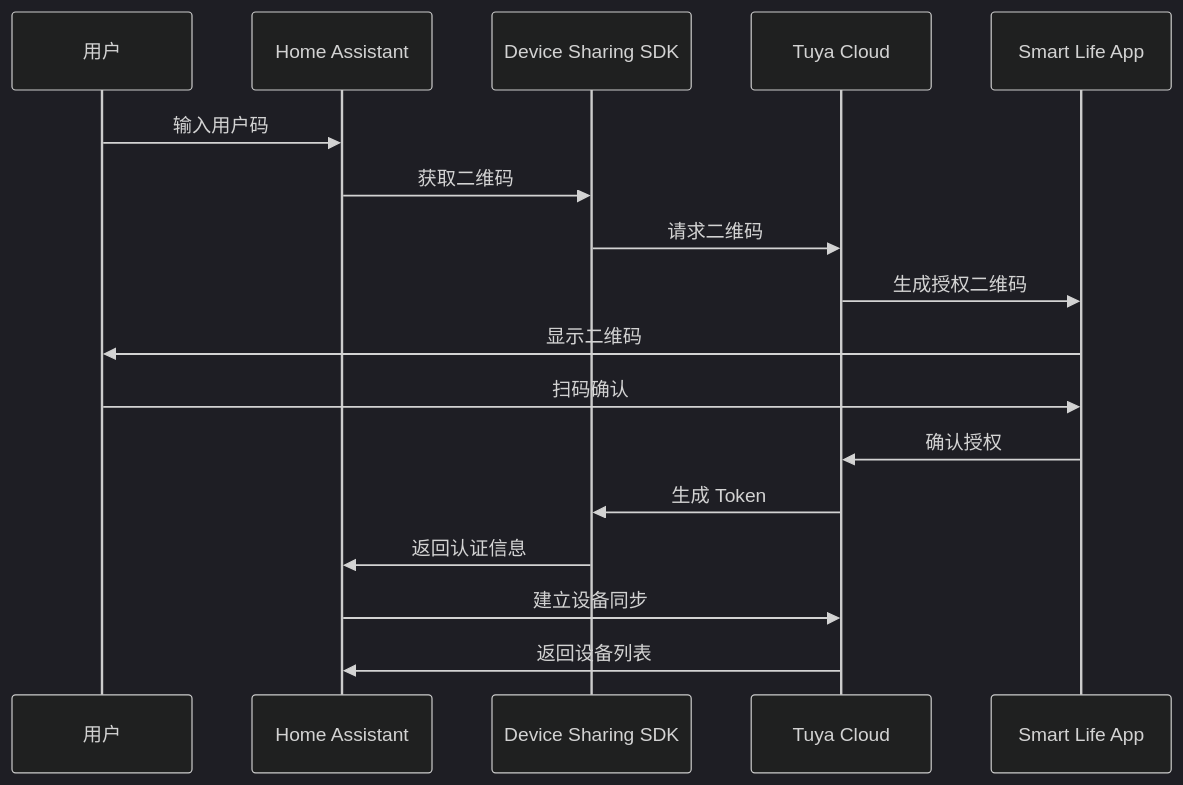
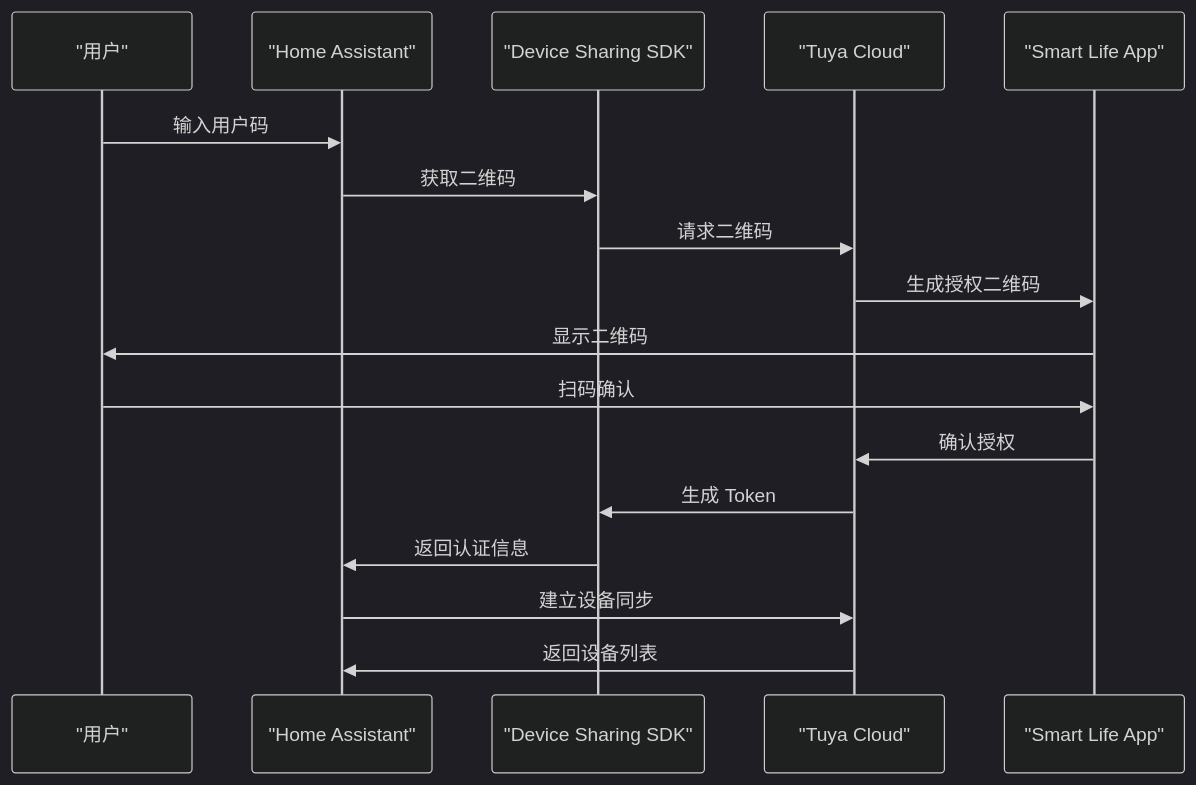
Before and after one commit to xinetzone/SpecWeave: the second of 3 diagrams in docs/retrospective/reports/insight-extraction/iot-ecosystem/retrospective-smart-life-learning-20260630/README.md, drawn with Mermaid (dark theme). The commit also changed other lines of this file and 107 other files, not shown here.

First line of the commit message:
style(mermaid): check-mermaid --fix自动修复-移除空行+补充引号+subgraph标签

````diff
--- a/docs/retrospective/reports/insight-extraction/iot-ecosystem/retrospective-smart-life-learning-20260630/README.md
+++ b/docs/retrospective/reports/insight-extraction/iot-ecosystem/retrospective-smart-life-learning-20260630/README.md
@@ -103,20 +102,19 @@
 ```mermaid
 sequenceDiagram
-    participant U as 用户
-    participant HA as Home Assistant
-    participant SDK as Device Sharing SDK
-    participant Cloud as Tuya Cloud
-    participant App as Smart Life App
-    
+    participant U as "用户"
+    participant HA as "Home Assistant"
+    participant SDK as "Device Sharing SDK"
+    participant Cloud as "Tuya Cloud"
+    participant App as "Smart Life App"
     U->>HA: 输入用户码
     HA->>SDK: 获取二维码
     SDK->>Cloud: 请求二维码
     Cloud->>App: 生成授权二维码
     App->>U: 显示二维码
     U->>App: 扫码确认
     App->>Cloud: 确认授权
     Cloud->>SDK: 生成 Token
     SDK->>HA: 返回认证信息
     HA->>Cloud: 建立设备同步
     Cloud->>HA: 返回设备列表
 ```
````
